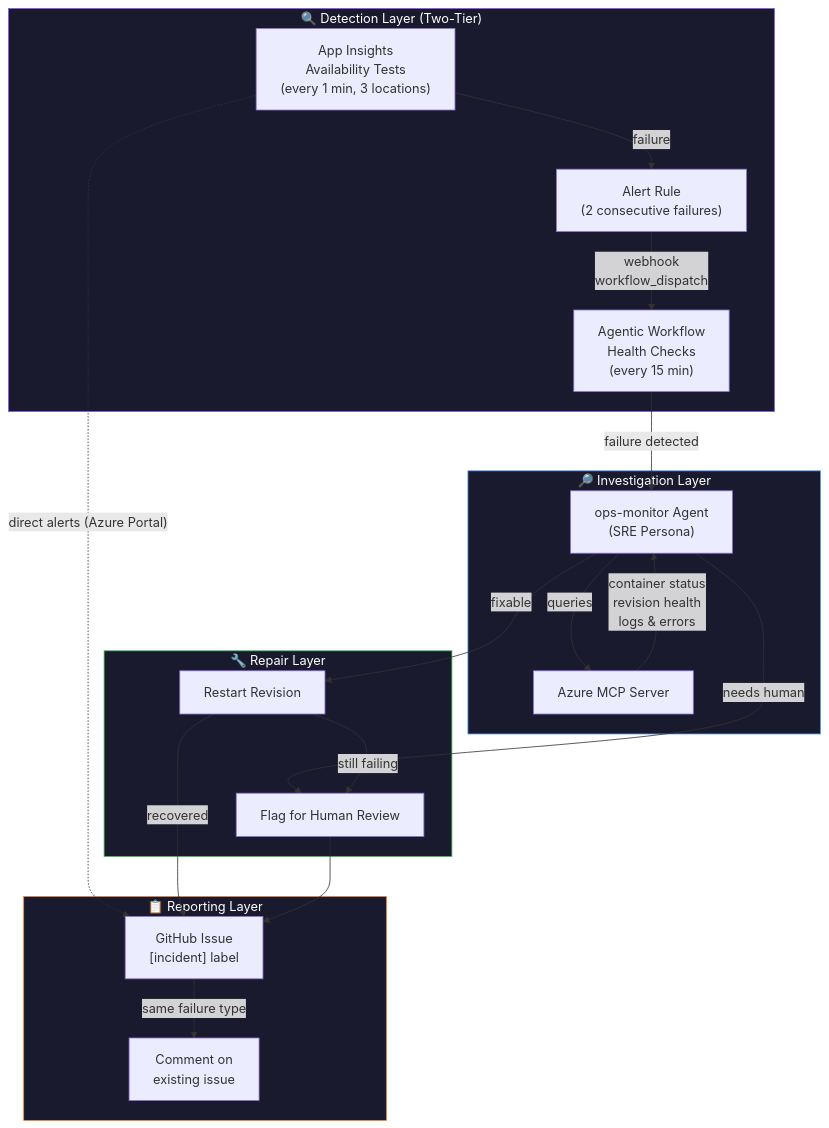
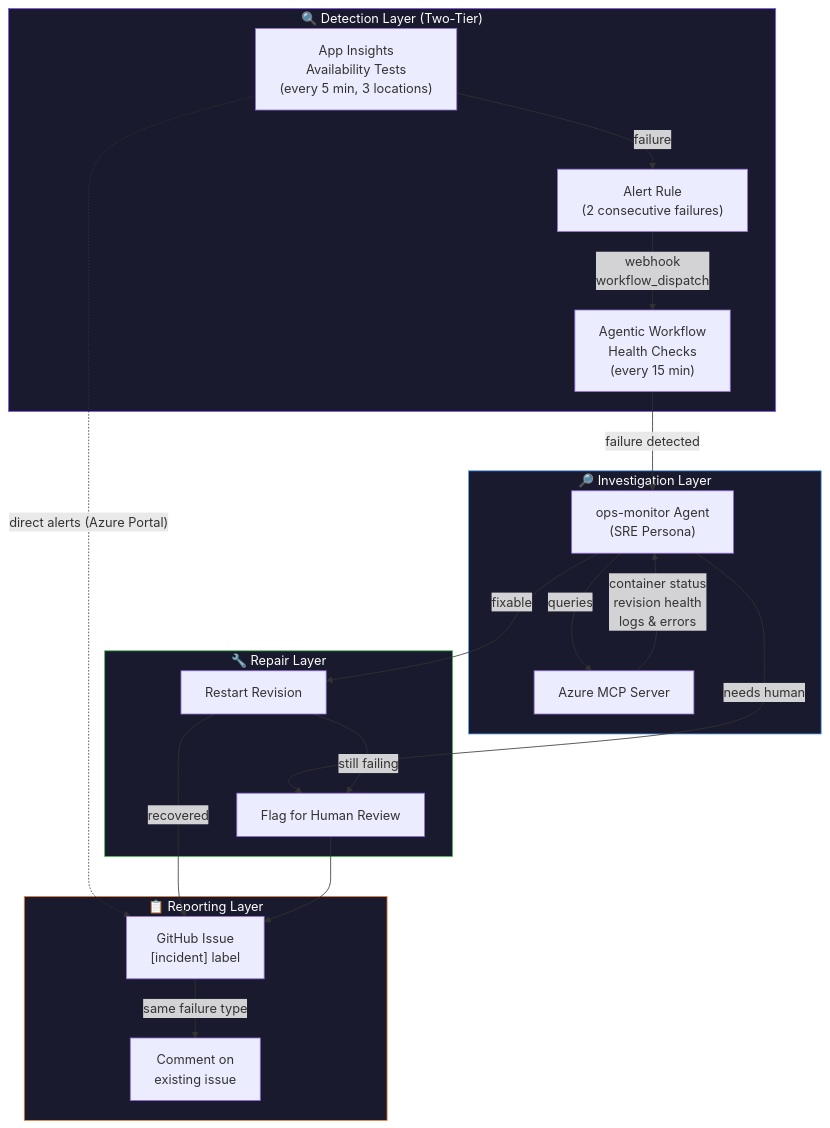
Before and after one commit to cody-test-org/ghcp-learning-updates: the first of 2 diagrams in docs/monitoring.md, drawn with Mermaid. The commit also changed other lines of this file and 5 other files, not shown here.

First line of the commit message:
Fix compilation, deploy App Insights, correct availability test frequency

````diff
--- a/docs/monitoring.md
+++ b/docs/monitoring.md
@@ -93,41 +93,41 @@
 ```mermaid
 flowchart TD
     subgraph Detection["🔍 Detection Layer (Two-Tier)"]
-        AI["App Insights<br/>Availability Tests<br/>(every 1 min, 3 locations)"]
+        AI["App Insights<br/>Availability Tests<br/>(every 5 min, 3 locations)"]
         Alert["Alert Rule<br/>(2 consecutive failures)"]
         AW["Agentic Workflow<br/>Health Checks<br/>(every 15 min)"]
         AI -->|"failure"| Alert
         Alert -->|"webhook<br/>workflow_dispatch"| AW
     end
 
     subgraph Investigation["🔎 Investigation Layer"]
         Agent["ops-monitor Agent<br/>(SRE Persona)"]
         MCP["Azure MCP Server"]
         Agent -->|queries| MCP
         MCP -->|"container status<br/>revision health<br/>logs & errors"| Agent
     end
 
     subgraph Repair["🔧 Repair Layer"]
         Restart["Restart Revision"]
         Flag["Flag for Human Review"]
     end
 
     subgraph Report["📋 Reporting Layer"]
         Issue["GitHub Issue<br/>[incident] label"]
         Comment["Comment on<br/>existing issue"]
     end
 
     AW -->|"failure detected"| Agent
     AI -.->|"direct alerts (Azure Portal)"| Issue
     Agent -->|"fixable"| Restart
     Agent -->|"needs human"| Flag
     Restart -->|"recovered"| Issue
     Restart -->|"still failing"| Flag
     Flag --> Issue
     Issue -->|"same failure type"| Comment
 
     style Detection fill:#1a1a2e,stroke:#8b5cf6,color:#fff
     style Investigation fill:#1a1a2e,stroke:#58a6ff,color:#fff
     style Repair fill:#1a1a2e,stroke:#3fb950,color:#fff
     style Report fill:#1a1a2e,stroke:#f0883e,color:#fff
 ```
````
